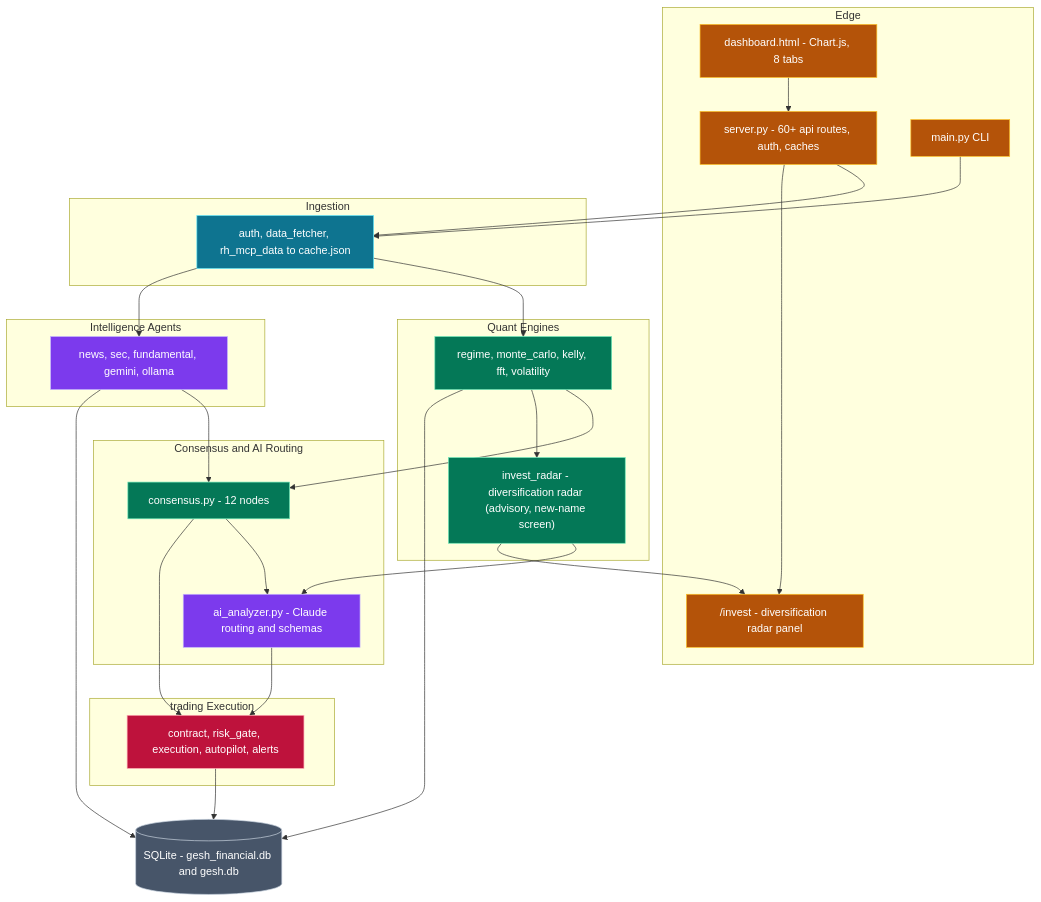
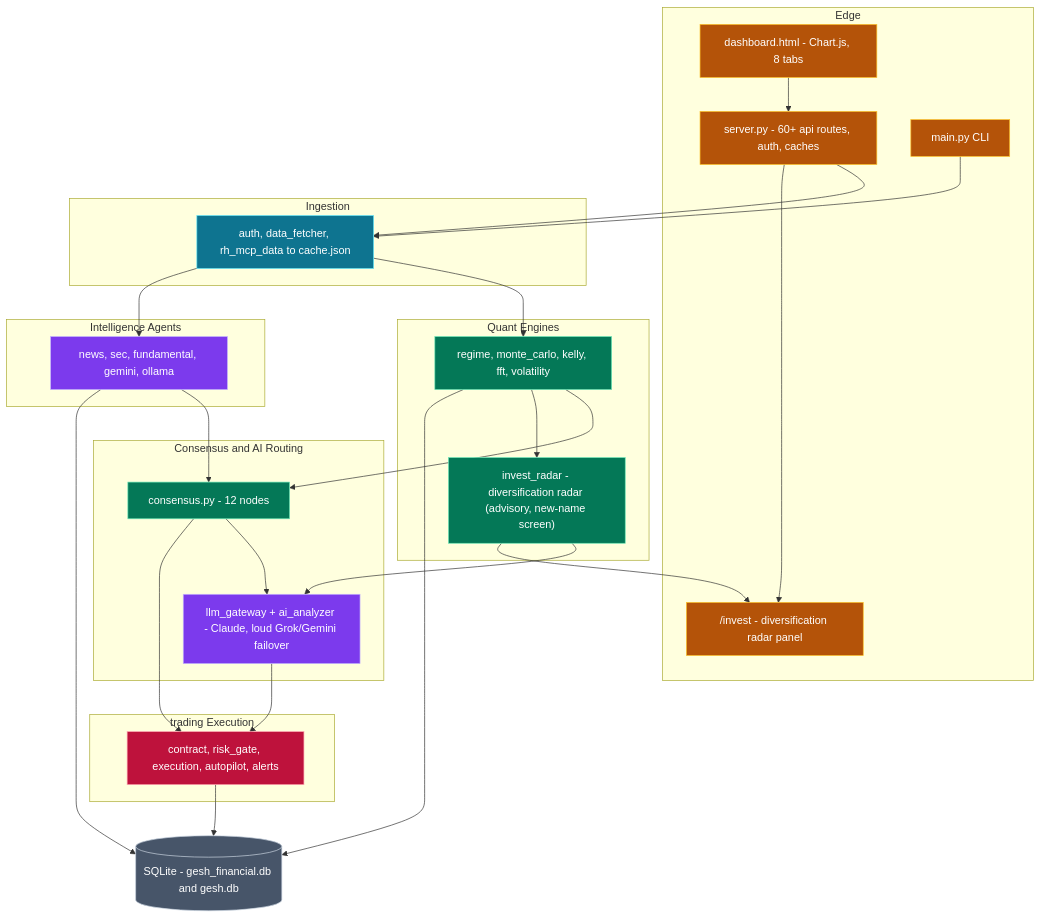
The second of 8 diagrams in docs/ARCHITECTURE.md (gesh75/Gesh-Project), drawn with Mermaid before and after one commit. The commit also changed other lines of this file and 4 other files, not shown here.

First line of the commit message:
docs: document Grok/Gemini LLM failover in operator runbooks

````diff
--- a/docs/ARCHITECTURE.md
+++ b/docs/ARCHITECTURE.md
@@ -82,57 +84,57 @@
 ```mermaid
 flowchart TB
     subgraph EDGE["Edge"]
         api["server.py - 60+ api routes, auth, caches"]:::core
         dash["dashboard.html - Chart.js, 8 tabs"]:::core
         invest["/invest - diversification radar panel"]:::core
         cli["main.py CLI"]:::core
     end
 
     subgraph INGEST["Ingestion"]
         fetch["auth, data_fetcher, rh_mcp_data to cache.json"]:::svc
     end
 
     subgraph QUANT["Quant Engines"]
         regime["regime, monte_carlo, kelly, fft, volatility"]:::data
         radar["invest_radar - diversification radar (advisory, new-name screen)"]:::data
     end
 
     subgraph AGENTS["Intelligence Agents"]
         intel["news, sec, fundamental, gemini, ollama"]:::ai
     end
 
     subgraph BRAIN["Consensus and AI Routing"]
         cons["consensus.py - 12 nodes"]:::data
-        ai["ai_analyzer.py - Claude routing and schemas"]:::ai
+        ai["llm_gateway + ai_analyzer - Claude, loud Grok/Gemini failover"]:::ai
     end
 
     subgraph EXEC["trading Execution"]
         gate["contract, risk_gate, execution, autopilot, alerts"]:::danger
     end
 
     store[("SQLite - gesh_financial.db and gesh.db")]:::store
 
     dash --> api
     cli --> fetch
     api --> fetch --> regime
     fetch --> intel
     regime --> cons
     intel --> cons
     cons --> ai
     ai --> gate
     cons --> gate
     regime --> radar
     radar --> ai
     radar --> invest
     api --> invest
     regime --> store
     intel --> store
     gate --> store
 
     classDef core   fill:#b45309,stroke:#fbbf24,color:#fff
     classDef svc    fill:#0e7490,stroke:#67e8f9,color:#fff
     classDef data   fill:#047857,stroke:#6ee7b7,color:#fff
     classDef ai     fill:#7c3aed,stroke:#c4b5fd,color:#fff
     classDef danger fill:#be123c,stroke:#fda4af,color:#fff
     classDef store  fill:#475569,stroke:#cbd5e1,color:#fff
 ```
````
